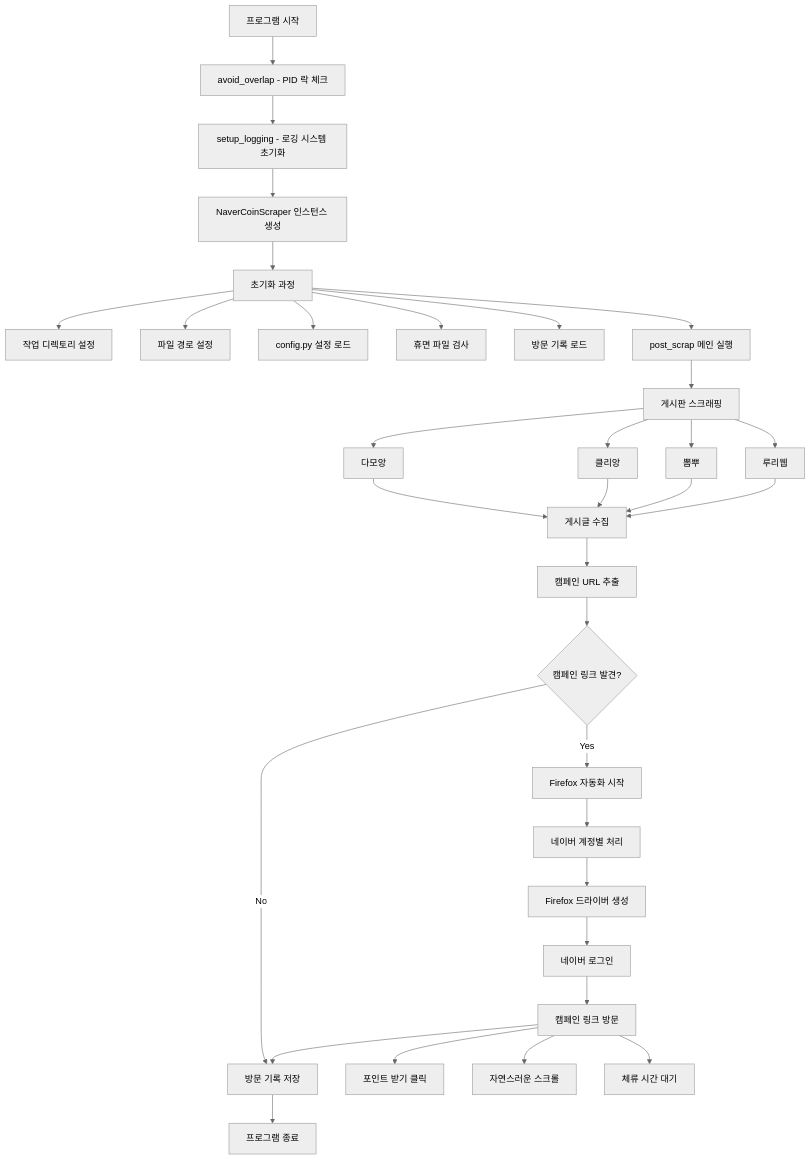
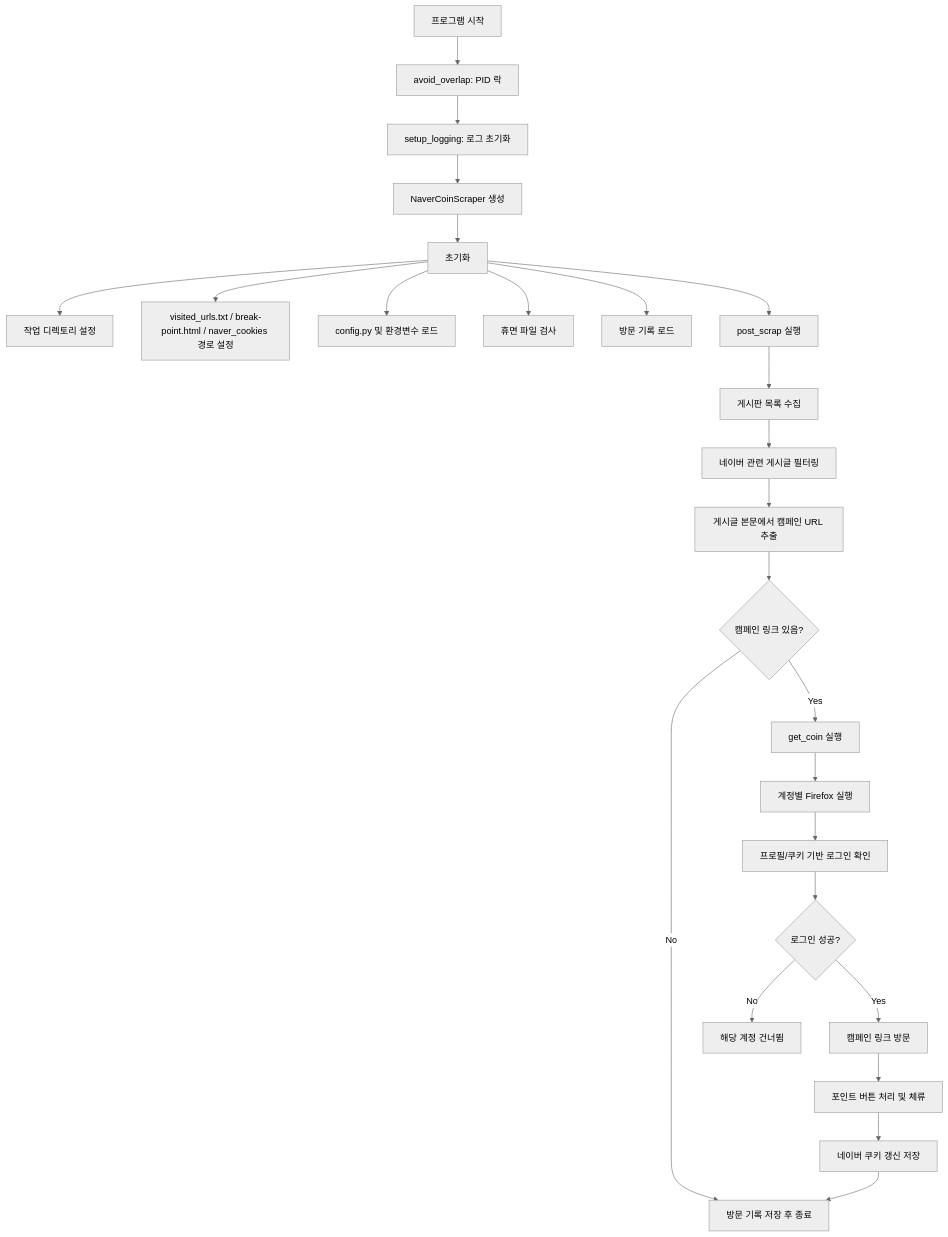
The first of 8 diagrams in architecture_diagram.md (CjHayato/ncc), drawn with Mermaid (neutral theme) before and after one commit. The commit also changed other lines of this file, not shown here.

Commit message:
Update architecture documentation for profile sessions

````diff
--- a/architecture_diagram.md
+++ b/architecture_diagram.md
@@ -5,43 +7,30 @@
 ```mermaid
 graph TD
-    A[프로그램 시작] --> B[avoid_overlap - PID 락 체크]
-    B --> C[setup_logging - 로깅 시스템 초기화]
-    C --> D[NaverCoinScraper 인스턴스 생성]
-    
-    D --> E[초기화 과정]
+    A[프로그램 시작] --> B[avoid_overlap: PID 락]
+    B --> C[setup_logging: 로그 초기화]
+    C --> D[NaverCoinScraper 생성]
+
+    D --> E[초기화]
     E --> E1[작업 디렉토리 설정]
-    E --> E2[파일 경로 설정]
-    E --> E3[config.py 설정 로드]
+    E --> E2[visited_urls.txt / break-point.html / naver_cookies 경로 설정]
+    E --> E3[config.py 및 환경변수 로드]
     E --> E4[휴면 파일 검사]
     E --> E5[방문 기록 로드]
-    
-    E --> F[post_scrap 메인 실행]
-    
-    F --> G[게시판 스크래핑]
-    G --> G1[다모앙]
-    G --> G2[클리앙]
-    G --> G3[뽐뿌]
-    G --> G4[루리웹]
-    
-    G1 --> H[게시글 수집]
-    G2 --> H
-    G3 --> H
-    G4 --> H
-    
-    H --> I[캠페인 URL 추출]
-    I --> J{캠페인 링크 발견?}
-    
-    J -->|Yes| K[Firefox 자동화 시작]
-    J -->|No| P[방문 기록 저장]
-    
-    K --> L[네이버 계정별 처리]
-    L --> M[Firefox 드라이버 생성]
-    M --> N[네이버 로그인]
-    N --> O[캠페인 링크 방문]
-    O --> O1[포인트 받기 클릭]
-    O --> O2[자연스러운 스크롤]
-    O --> O3[체류 시간 대기]
-    
-    O --> P[방문 기록 저장]
-    P --> Q[프로그램 종료]
+
+    E --> F[post_scrap 실행]
+    F --> G[게시판 목록 수집]
+    G --> H[네이버 관련 게시글 필터링]
+    H --> I[게시글 본문에서 캠페인 URL 추출]
+    I --> J{캠페인 링크 있음?}
+
+    J -->|No| Z[방문 기록 저장 후 종료]
+    J -->|Yes| K[get_coin 실행]
+    K --> L[계정별 Firefox 실행]
+    L --> M[프로필/쿠키 기반 로그인 확인]
+    M --> N{로그인 성공?}
+    N -->|No| O[해당 계정 건너뜀]
+    N -->|Yes| P[캠페인 링크 방문]
+    P --> Q[포인트 버튼 처리 및 체류]
+    Q --> R[네이버 쿠키 갱신 저장]
+    R --> Z
 ```
````
